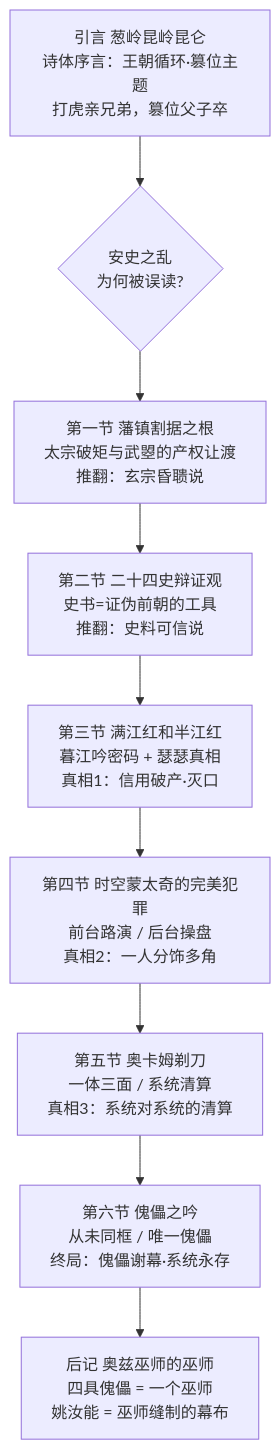
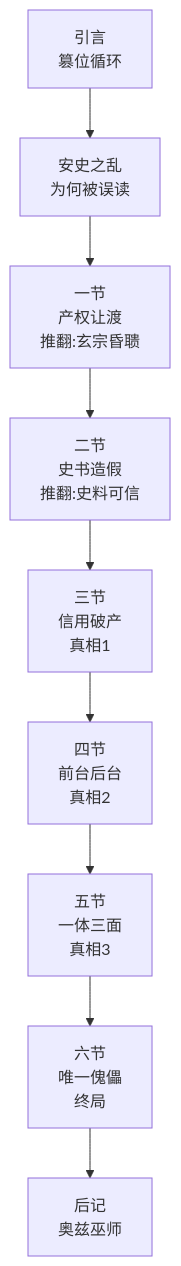
Before and after one commit to Seek-Key-LTD/kunpengzhi-podcast: the first of 6 diagrams in analysis/原文结构flowchart_第08章.md, drawn with Mermaid. The commit also changed other lines of this file, not shown here.

Commit message:
原文flowchart精简自解释版(mermaid原生渲染)

````diff
--- a/analysis/原文结构flowchart_第08章.md
+++ b/analysis/原文结构flowchart_第08章.md
@@ -8,12 +7,11 @@
 ```mermaid
 flowchart TD
-    A[引言 葱岭昆岭昆仑<br/>诗体序言：王朝循环·篡位主题<br/>打虎亲兄弟，篡位父子卒] --> B{安史之乱<br/>为何被误读?}
-
-    B --> C[第一节 藩镇割据之根<br/>太宗破矩与武曌的产权让渡<br/>推翻：玄宗昏聩说]
-    C --> D[第二节 二十四史辩证观<br/>史书=证伪前朝的工具<br/>推翻：史料可信说]
-    D --> E[第三节 满江红和半江红<br/>暮江吟密码 + 瑟瑟真相<br/>真相1：信用破产·灭口]
-    E --> F[第四节 时空蒙太奇的完美犯罪<br/>前台路演 / 后台操盘<br/>真相2：一人分饰多角]
-    F --> G[第五节 奥卡姆剃刀<br/>一体三面 / 系统清算<br/>真相3：系统对系统的清算]
-    G --> H[第六节 傀儡之吟<br/>从未同框 / 唯一傀儡<br/>终局：傀儡谢幕·系统永存]
-    H --> I[后记 奥兹巫师的巫师<br/>四具傀儡 = 一个巫师<br/>姚汝能 = 巫师缝制的幕布]
+    A[引言<br/>篡位循环] --> B[安史之乱<br/>为何被误读]
+    B --> C[一节<br/>产权让渡<br/>推翻:玄宗昏聩]
+    C --> D[二节<br/>史书造假<br/>推翻:史料可信]
+    D --> E[三节<br/>信用破产<br/>真相1]
+    E --> F[四节<br/>前台后台<br/>真相2]
+    F --> G[五节<br/>一体三面<br/>真相3]
+    G --> H[六节<br/>唯一傀儡<br/>终局]
+    H --> I[后记<br/>奥兹巫师]
 ```
````
